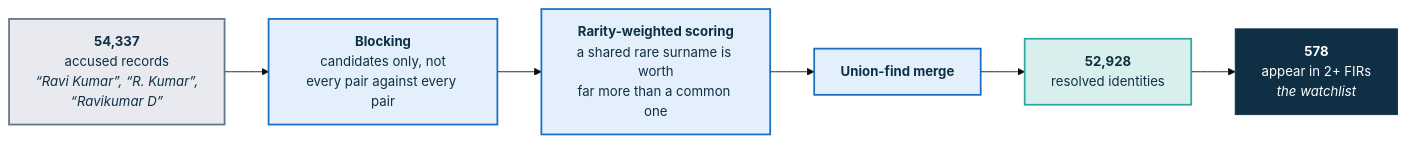
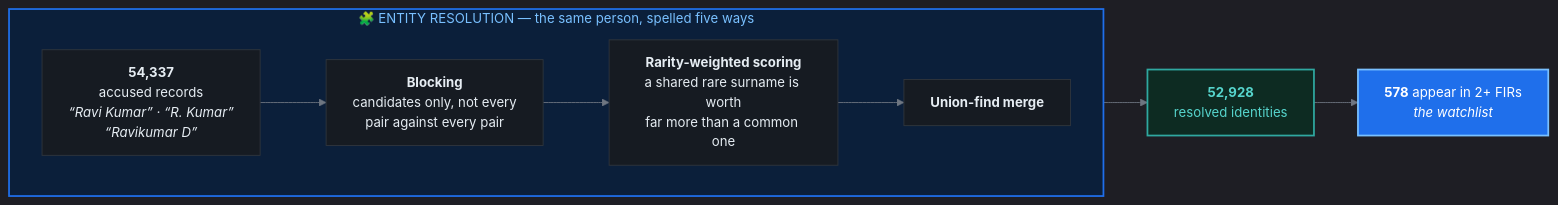
One commit to adarshcod30/Kadi changed the sixth of 6 diagrams in README.md. Above: the diagram before and after it, drawn with Mermaid. The commit also changed other lines of this file, not shown here.

First line of the commit message:
Restyle the diagrams for a dark page

````diff
--- a/README.md
+++ b/README.md
@@ -614,22 +643,23 @@
 ```mermaid
-%%{init: {'theme':'base','themeVariables':{'fontSize':'15px','fontFamily':'ui-sans-serif, system-ui, sans-serif'}}}%%
+%%{init: {'theme':'dark','themeVariables':{'fontSize':'15px','fontFamily':'ui-sans-serif, system-ui, sans-serif','lineColor':'#6e7681','primaryTextColor':'#e6edf3'}}}%%
 flowchart LR
-    R1["<b>54,337</b><br/>accused records<br/><i>“Ravi Kumar”, “R. Kumar”,<br/>“Ravikumar D”</i>"]
-    R2["<b>Blocking</b><br/>candidates only, not<br/>every pair against every pair"]
-    R3["<b>Rarity-weighted scoring</b><br/>a shared rare surname is worth<br/>far more than a common one"]
-    R4["<b>Union-find merge</b>"]
+    subgraph ER["🧩  ENTITY RESOLUTION — the same person, spelled five ways"]
+        direction LR
+        R1["<b>54,337</b><br/>accused records<br/><i>“Ravi Kumar” · “R. Kumar”<br/>“Ravikumar D”</i>"]
+        R2["<b>Blocking</b><br/>candidates only, not every<br/>pair against every pair"]
+        R3["<b>Rarity-weighted scoring</b><br/>a shared rare surname is worth<br/>far more than a common one"]
+        R4["<b>Union-find merge</b>"]
+        R1 --> R2 --> R3 --> R4
+    end
     R5["<b>52,928</b><br/>resolved identities"]
-    R6["<b>578</b><br/>appear in 2+ FIRs<br/><i>the watchlist</i>"]
+    R6["<b>578</b> appear in 2+ FIRs<br/><i>the watchlist</i>"]
+    R4 --> R5 --> R6
 
-    R1 --> R2 --> R3 --> R4 --> R5 --> R6
-
-    classDef raw   fill:#E8EAEF,stroke:#64748B,stroke-width:2px,color:#0F2F44
-    classDef step  fill:#E3F0FB,stroke:#1A6FC4,stroke-width:2px,color:#0F2F44
-    classDef out   fill:#D8EFED,stroke:#2FA8A0,stroke-width:2px,color:#0F2F44
-    classDef key   fill:#0F2F44,stroke:#0F2F44,color:#FFFFFF
-
-    class R1 raw
-    class R2,R3,R4 step
-    class R5 out
+    classDef box  fill:#161b22,stroke:#30363d,stroke-width:1px,color:#e6edf3
+    classDef good fill:#0d2b22,stroke:#2FA8A0,stroke-width:2px,color:#56d4cc
+    classDef key  fill:#1f6feb,stroke:#79c0ff,stroke-width:2px,color:#ffffff
+    class R1,R2,R3,R4 box
+    class R5 good
     class R6 key
+    style ER fill:#0b1f3a,stroke:#1f6feb,stroke-width:2px,color:#79c0ff
 ```
````
